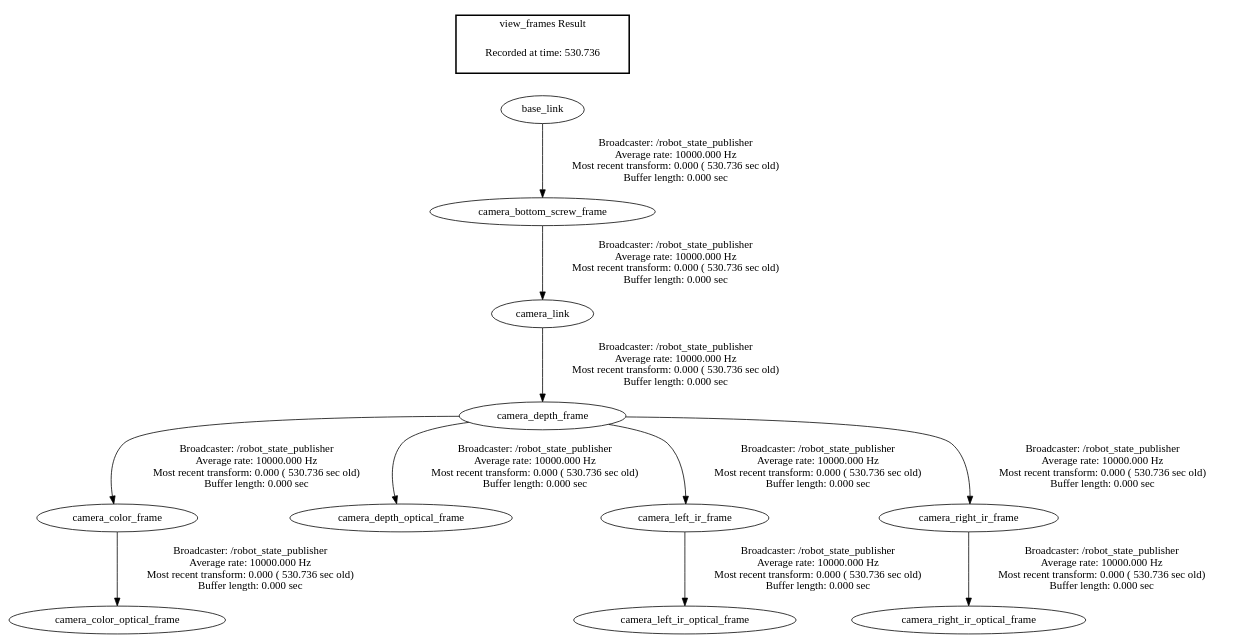
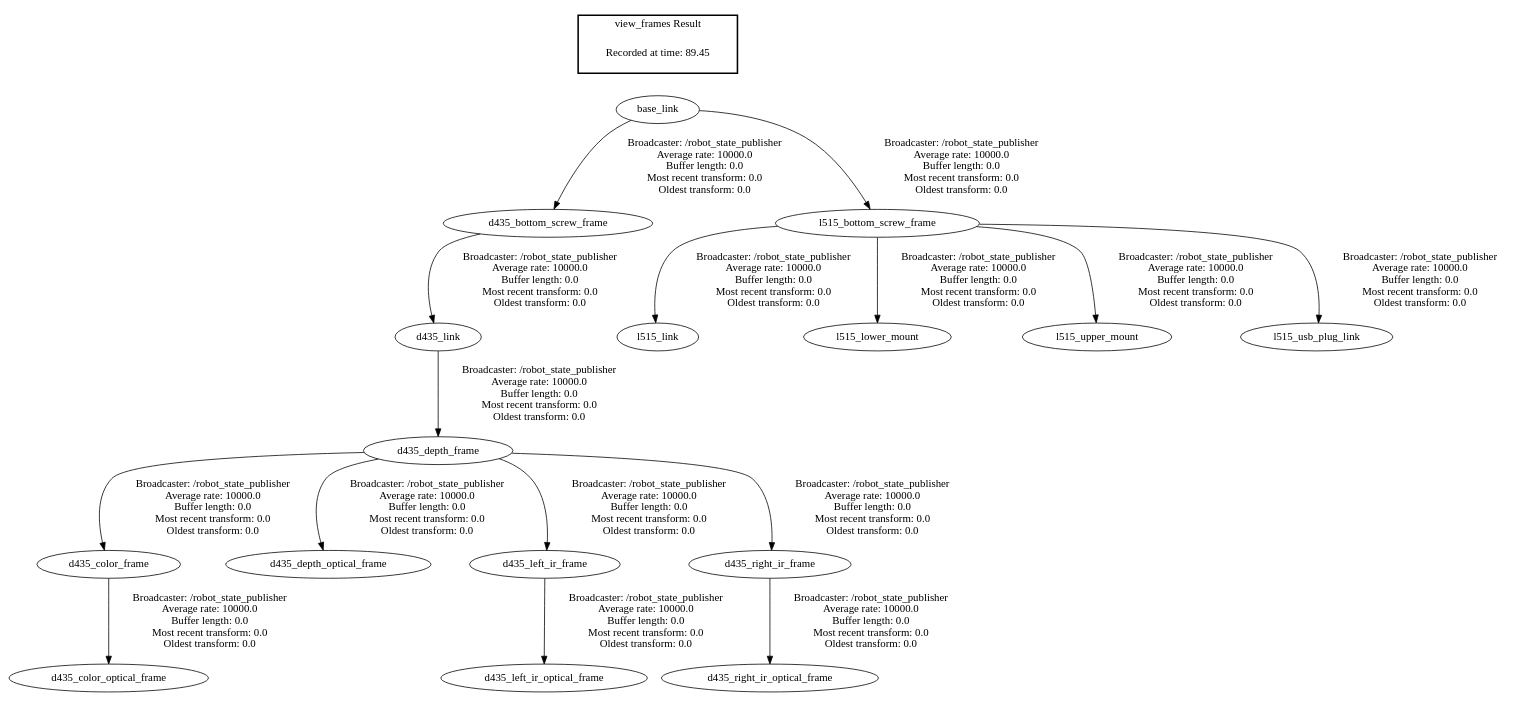
One commit to bmrocamora/mae693_reinforcement_learning changed the diagram in catkin_ws/frames.gv. Above: the diagram before and after it, drawn with Graphviz. The commit also changed 22 other files, not shown here.

```diff
--- a/catkin_ws/frames.gv
+++ b/catkin_ws/frames.gv
@@ -1,16 +1,21 @@
 digraph G {
-"camera_depth_frame" -> "camera_color_frame"[label="Broadcaster: /robot_state_publisher\nAverage rate: 10000.000 Hz\nMost recent transform: 0.000 ( 530.736 sec old)\nBuffer length: 0.000 sec\n"];
-"camera_link" -> "camera_depth_frame"[label="Broadcaster: /robot_state_publisher\nAverage rate: 10000.000 Hz\nMost recent transform: 0.000 ( 530.736 sec old)\nBuffer length: 0.000 sec\n"];
-"camera_color_frame" -> "camera_color_optical_frame"[label="Broadcaster: /robot_state_publisher\nAverage rate: 10000.000 Hz\nMost recent transform: 0.000 ( 530.736 sec old)\nBuffer length: 0.000 sec\n"];
-"camera_bottom_screw_frame" -> "camera_link"[label="Broadcaster: /robot_state_publisher\nAverage rate: 10000.000 Hz\nMost recent transform: 0.000 ( 530.736 sec old)\nBuffer length: 0.000 sec\n"];
-"camera_depth_frame" -> "camera_depth_optical_frame"[label="Broadcaster: /robot_state_publisher\nAverage rate: 10000.000 Hz\nMost recent transform: 0.000 ( 530.736 sec old)\nBuffer length: 0.000 sec\n"];
-"base_link" -> "camera_bottom_screw_frame"[label="Broadcaster: /robot_state_publisher\nAverage rate: 10000.000 Hz\nMost recent transform: 0.000 ( 530.736 sec old)\nBuffer length: 0.000 sec\n"];
-"camera_depth_frame" -> "camera_left_ir_frame"[label="Broadcaster: /robot_state_publisher\nAverage rate: 10000.000 Hz\nMost recent transform: 0.000 ( 530.736 sec old)\nBuffer length: 0.000 sec\n"];
-"camera_left_ir_frame" -> "camera_left_ir_optical_frame"[label="Broadcaster: /robot_state_publisher\nAverage rate: 10000.000 Hz\nMost recent transform: 0.000 ( 530.736 sec old)\nBuffer length: 0.000 sec\n"];
-"camera_depth_frame" -> "camera_right_ir_frame"[label="Broadcaster: /robot_state_publisher\nAverage rate: 10000.000 Hz\nMost recent transform: 0.000 ( 530.736 sec old)\nBuffer length: 0.000 sec\n"];
-"camera_right_ir_frame" -> "camera_right_ir_optical_frame"[label="Broadcaster: /robot_state_publisher\nAverage rate: 10000.000 Hz\nMost recent transform: 0.000 ( 530.736 sec old)\nBuffer length: 0.000 sec\n"];
+"d435_depth_frame" -> "d435_color_frame"[label=" Broadcaster: /robot_state_publisher\nAverage rate: 10000.0\nBuffer length: 0.0\nMost recent transform: 0.0\nOldest transform: 0.0\n"];
+"d435_link" -> "d435_depth_frame"[label=" Broadcaster: /robot_state_publisher\nAverage rate: 10000.0\nBuffer length: 0.0\nMost recent transform: 0.0\nOldest transform: 0.0\n"];
+"d435_color_frame" -> "d435_color_optical_frame"[label=" Broadcaster: /robot_state_publisher\nAverage rate: 10000.0\nBuffer length: 0.0\nMost recent transform: 0.0\nOldest transform: 0.0\n"];
+"d435_bottom_screw_frame" -> "d435_link"[label=" Broadcaster: /robot_state_publisher\nAverage rate: 10000.0\nBuffer length: 0.0\nMost recent transform: 0.0\nOldest transform: 0.0\n"];
+"d435_depth_frame" -> "d435_depth_optical_frame"[label=" Broadcaster: /robot_state_publisher\nAverage rate: 10000.0\nBuffer length: 0.0\nMost recent transform: 0.0\nOldest transform: 0.0\n"];
+"base_link" -> "d435_bottom_screw_frame"[label=" Broadcaster: /robot_state_publisher\nAverage rate: 10000.0\nBuffer length: 0.0\nMost recent transform: 0.0\nOldest transform: 0.0\n"];
+"d435_depth_frame" -> "d435_left_ir_frame"[label=" Broadcaster: /robot_state_publisher\nAverage rate: 10000.0\nBuffer length: 0.0\nMost recent transform: 0.0\nOldest transform: 0.0\n"];
+"d435_left_ir_frame" -> "d435_left_ir_optical_frame"[label=" Broadcaster: /robot_state_publisher\nAverage rate: 10000.0\nBuffer length: 0.0\nMost recent transform: 0.0\nOldest transform: 0.0\n"];
+"d435_depth_frame" -> "d435_right_ir_frame"[label=" Broadcaster: /robot_state_publisher\nAverage rate: 10000.0\nBuffer length: 0.0\nMost recent transform: 0.0\nOldest transform: 0.0\n"];
+"d435_right_ir_frame" -> "d435_right_ir_optical_frame"[label=" Broadcaster: /robot_state_publisher\nAverage rate: 10000.0\nBuffer length: 0.0\nMost recent transform: 0.0\nOldest transform: 0.0\n"];
+"base_link" -> "l515_bottom_screw_frame"[label=" Broadcaster: /robot_state_publisher\nAverage rate: 10000.0\nBuffer length: 0.0\nMost recent transform: 0.0\nOldest transform: 0.0\n"];
+"l515_bottom_screw_frame" -> "l515_link"[label=" Broadcaster: /robot_state_publisher\nAverage rate: 10000.0\nBuffer length: 0.0\nMost recent transform: 0.0\nOldest transform: 0.0\n"];
+"l515_bottom_screw_frame" -> "l515_lower_mount"[label=" Broadcaster: /robot_state_publisher\nAverage rate: 10000.0\nBuffer length: 0.0\nMost recent transform: 0.0\nOldest transform: 0.0\n"];
+"l515_bottom_screw_frame" -> "l515_upper_mount"[label=" Broadcaster: /robot_state_publisher\nAverage rate: 10000.0\nBuffer length: 0.0\nMost recent transform: 0.0\nOldest transform: 0.0\n"];
+"l515_bottom_screw_frame" -> "l515_usb_plug_link"[label=" Broadcaster: /robot_state_publisher\nAverage rate: 10000.0\nBuffer length: 0.0\nMost recent transform: 0.0\nOldest transform: 0.0\n"];
 edge [style=invis];
  subgraph cluster_legend { style=bold; color=black; label ="view_frames Result";
-"Recorded at time: 530.736"[ shape=plaintext ] ;
- }->"base_link";
+"Recorded at time: 89.45"[ shape=plaintext ] ;
+}->"base_link";
 }
```
